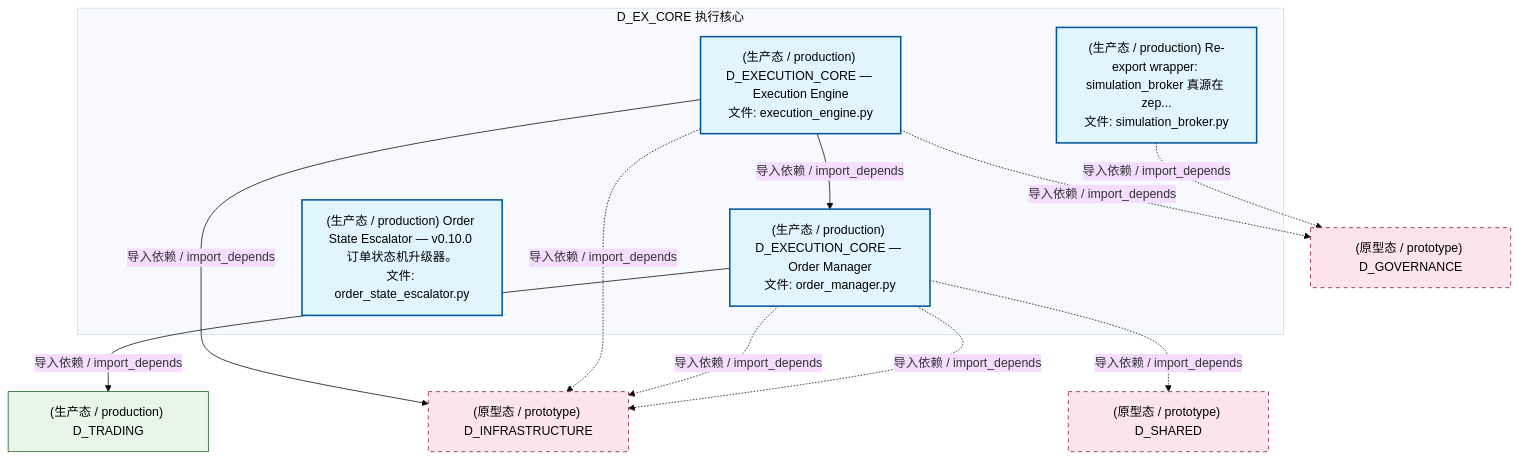
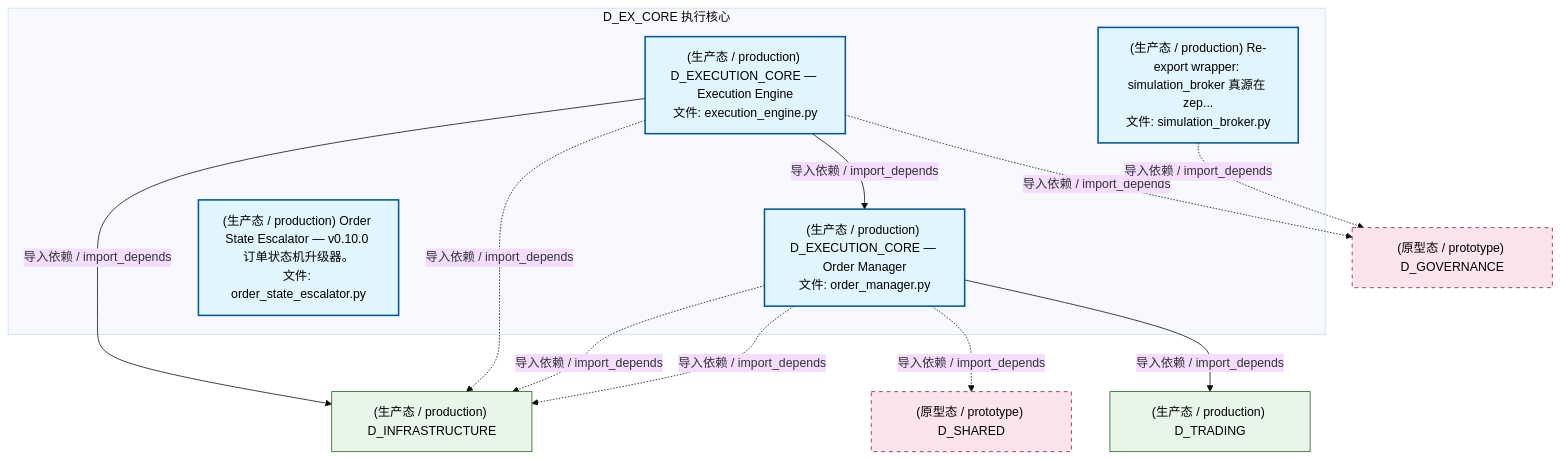
Before and after one commit to xuanFelixVan/ZephyrAlpha: the second of 5 diagrams in docs/02_enterprise_architecture/02_domain_architecture_docs/34_d_ex_core.md, drawn with Mermaid (base theme). The commit also changed other lines of this file and 102 other files, not shown here.

````diff
--- a/docs/02_enterprise_architecture/02_domain_architecture_docs/34_d_ex_core.md
+++ b/docs/02_enterprise_architecture/02_domain_architecture_docs/34_d_ex_core.md
@@ -126,29 +126,29 @@
 ```mermaid
 graph TD
     subgraph D_EX_CORE["D_EX_CORE 执行核心"]
         src_zephyr_ex_core_adapters_simulation_broker_py["(生产态 / production) Re-export wrapper: simulation_broker 真源在 zep...<br/>文件: simulation_broker.py"]
         src_zephyr_ex_core_execution_engine_py["(生产态 / production) D_EXECUTION_CORE — Execution Engine<br/>文件: execution_engine.py"]
         src_zephyr_ex_core_order_manager_py["(生产态 / production) D_EXECUTION_CORE — Order Manager<br/>文件: order_manager.py"]
         src_zephyr_governance_escalation_order_state_escalator_py["(生产态 / production) Order State Escalator — v0.10.0 订单状态机升级器。<br/>文件: order_state_escalator.py"]
     end
     src_zephyr_ex_core_execution_engine_py -->|导入依赖 / import_depends| src_zephyr_ex_core_order_manager_py
+    D_INFRASTRUCTURE["(生产态 / production) D_INFRASTRUCTURE"]
+    src_zephyr_ex_core_execution_engine_py -->|导入依赖 / import_depends| D_INFRASTRUCTURE
     D_GOVERNANCE["(原型态 / prototype) D_GOVERNANCE"]
+    src_zephyr_ex_core_execution_engine_py -.->|导入依赖 / import_depends| D_GOVERNANCE
+    src_zephyr_ex_core_execution_engine_py -.->|导入依赖 / import_depends| D_INFRASTRUCTURE
     src_zephyr_ex_core_adapters_simulation_broker_py -.->|导入依赖 / import_depends| D_GOVERNANCE
-    D_INFRASTRUCTURE["(原型态 / prototype) D_INFRASTRUCTURE"]
-    src_zephyr_ex_core_order_manager_py -.->|导入依赖 / import_depends| D_INFRASTRUCTURE
     D_TRADING["(生产态 / production) D_TRADING"]
     src_zephyr_ex_core_order_manager_py -->|导入依赖 / import_depends| D_TRADING
     src_zephyr_ex_core_order_manager_py -.->|导入依赖 / import_depends| D_INFRASTRUCTURE
     D_SHARED["(原型态 / prototype) D_SHARED"]
     src_zephyr_ex_core_order_manager_py -.->|导入依赖 / import_depends| D_SHARED
-    src_zephyr_ex_core_execution_engine_py -.->|导入依赖 / import_depends| D_INFRASTRUCTURE
-    src_zephyr_ex_core_execution_engine_py -.->|导入依赖 / import_depends| D_GOVERNANCE
-    src_zephyr_ex_core_execution_engine_py -->|导入依赖 / import_depends| D_INFRASTRUCTURE
+    src_zephyr_ex_core_order_manager_py -.->|导入依赖 / import_depends| D_INFRASTRUCTURE
     classDef production fill:#e1f5fe,stroke:#01579b,stroke-width:2px,color:#000
     classDef design fill:#fff3e0,stroke:#e65100,stroke-width:2px,color:#000,stroke-dasharray: 5 5
     classDef external_prod fill:#e8f5e9,stroke:#1b5e20,stroke-width:1px,color:#000
     classDef external_design fill:#fce4ec,stroke:#880e4f,stroke-width:1px,color:#000,stroke-dasharray: 5 5
     class src_zephyr_ex_core_adapters_simulation_broker_py,src_zephyr_ex_core_execution_engine_py,src_zephyr_ex_core_order_manager_py,src_zephyr_governance_escalation_order_state_escalator_py production
-    class D_TRADING external_prod
-    class D_GOVERNANCE,D_INFRASTRUCTURE,D_SHARED external_design
+    class D_INFRASTRUCTURE,D_TRADING external_prod
+    class D_GOVERNANCE,D_SHARED external_design
 ```
````
